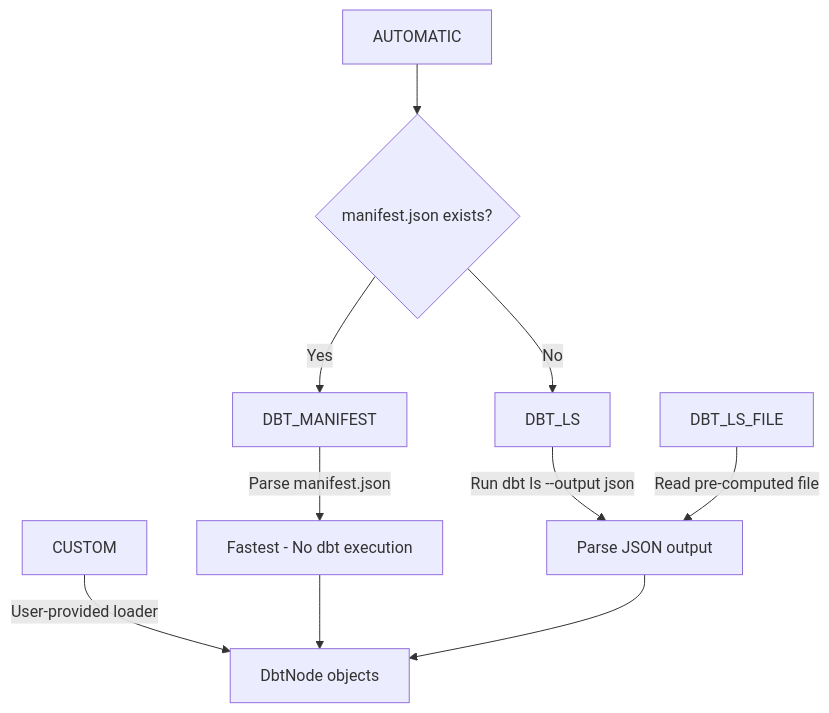
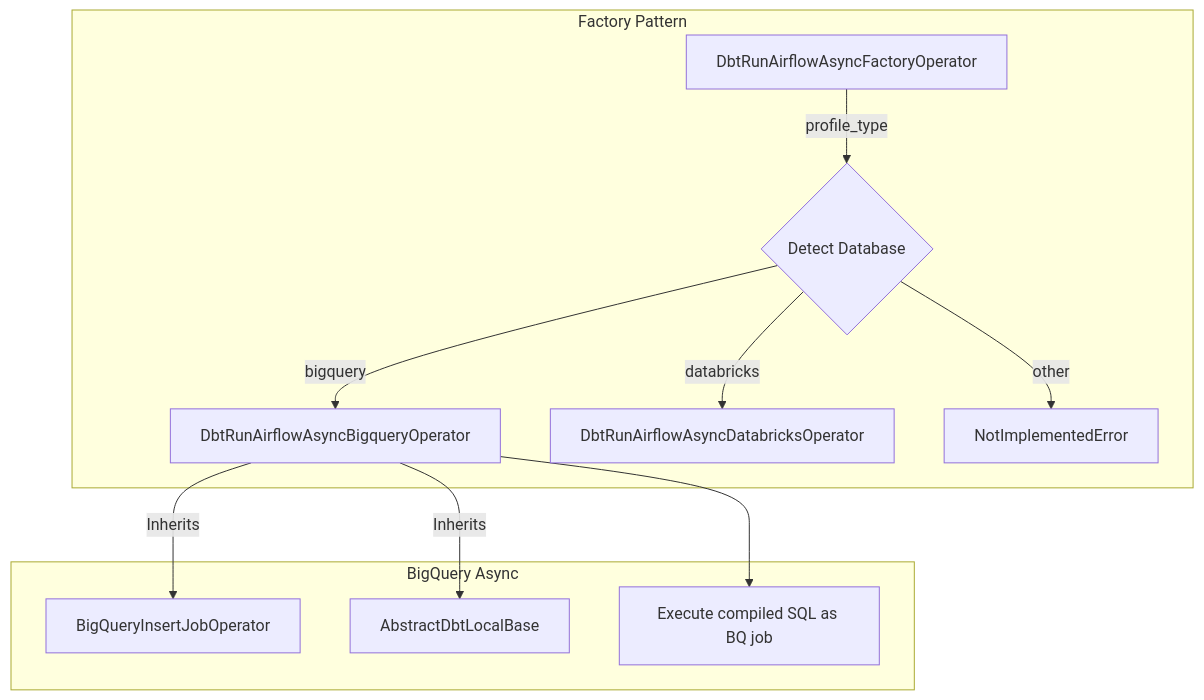
Diagram 14 of 28 in docs/ARCHITECTURE.md (josix/astronomer-cosmos), drawn with Mermaid before and after one commit. The commit also changed other lines of this file, not shown here.

First line of the commit message:
docs: Update architecture documentation with v1.12 features

````diff
--- a/docs/ARCHITECTURE.md
+++ b/docs/ARCHITECTURE.md
@@ -447,16 +642,17 @@
 ```mermaid
 flowchart TD
-    AUTO[AUTOMATIC] --> CHECK{manifest.json exists?}
+    subgraph "Factory Pattern"
+        FACTORY[DbtRunAirflowAsyncFactoryOperator]
+        FACTORY --> |"profile_type"| DETECT{Detect Database}
 
-    CHECK --> |Yes| MANIFEST[DBT_MANIFEST]
-    CHECK --> |No| LS[DBT_LS]
+        DETECT --> |"bigquery"| BQ[DbtRunAirflowAsyncBigqueryOperator]
+        DETECT --> |"databricks"| DB[DbtRunAirflowAsyncDatabricksOperator]
+        DETECT --> |"other"| STUB[NotImplementedError]
+    end
 
-    MANIFEST --> |"Parse manifest.json"| FAST[Fastest - No dbt execution]
-    LS --> |"Run dbt ls --output json"| PARSE[Parse JSON output]
-
-    LS_FILE[DBT_LS_FILE] --> |"Read pre-computed file"| PARSE
-    CUSTOM[CUSTOM] --> |"User-provided loader"| NODES[DbtNode objects]
-
-    FAST --> NODES
-    PARSE --> NODES
+    subgraph "BigQuery Async"
+        BQ --> |"Inherits"| BQIJ[BigQueryInsertJobOperator]
+        BQ --> |"Inherits"| ADLB[AbstractDbtLocalBase]
+        BQ --> EXEC[Execute compiled SQL as BQ job]
+    end
 ```
````
